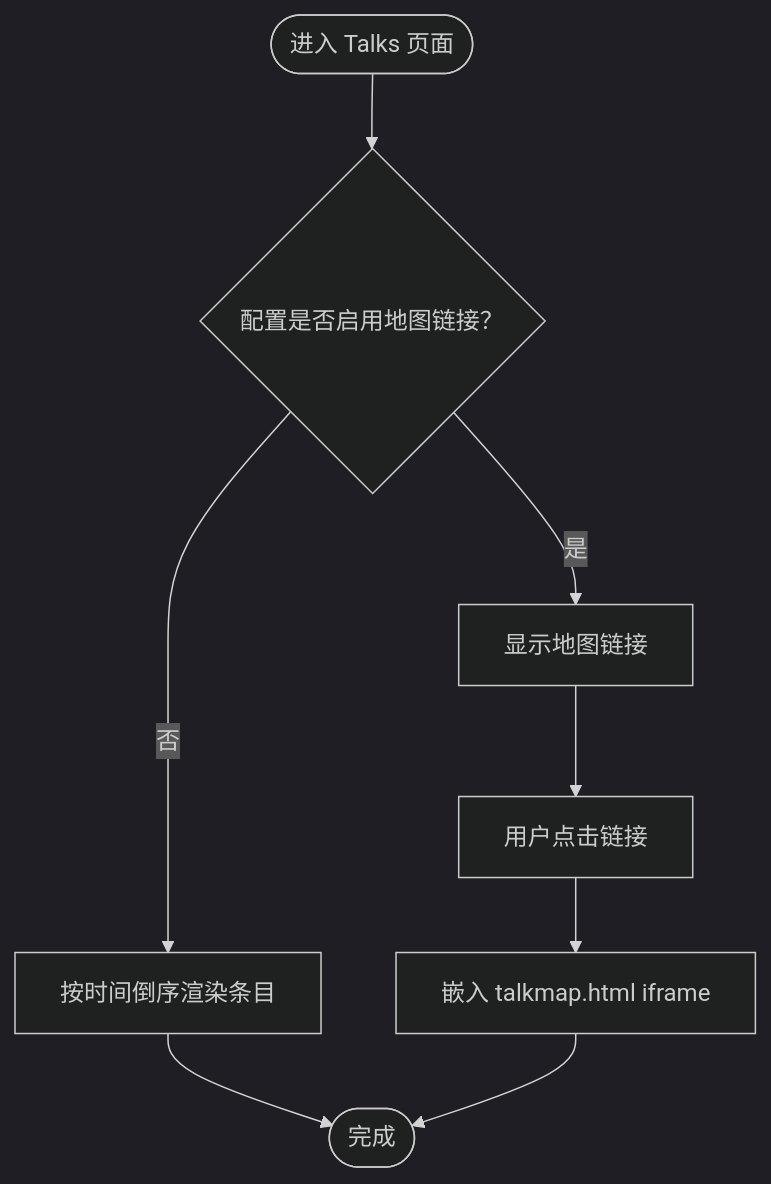
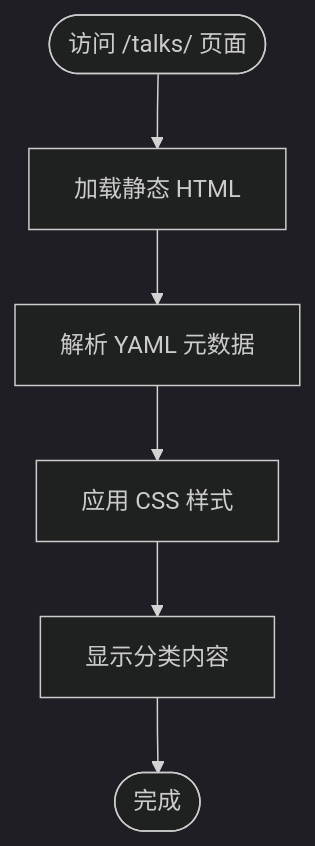
Before and after one commit to CoolPig0720/CoolPig0720.github.io: the third of 4 diagrams in .qoder/repowiki/zh/content/学术功能模块/会议展示功能.md, drawn with Mermaid (dark theme). The commit also changed other lines of this file and 36 other files, not shown here.

````diff
--- a/.qoder/repowiki/zh/content/学术功能模块/会议展示功能.md
+++ b/.qoder/repowiki/zh/content/学术功能模块/会议展示功能.md
@@ -163,10 +138,8 @@
 ```mermaid
 flowchart TD
-Start(["进入 Talks 页面"]) --> CheckLink{"配置是否启用地图链接？"}
-CheckLink --> |否| RenderList["按时间倒序渲染条目"]
-CheckLink --> |是| ShowLink["显示地图链接"]
-ShowLink --> Click["用户点击链接"]
-Click --> Iframe["嵌入 talkmap.html iframe"]
-RenderList --> End(["完成"])
-Iframe --> End
+Start(["访问 /talks/ 页面"]) --> Load["加载静态 HTML"]
+Load --> Parse["解析 YAML 元数据"]
+Parse --> Render["应用 CSS 样式"]
+Render --> Display["显示分类内容"]
+Display --> End(["完成"])
 ```
````
